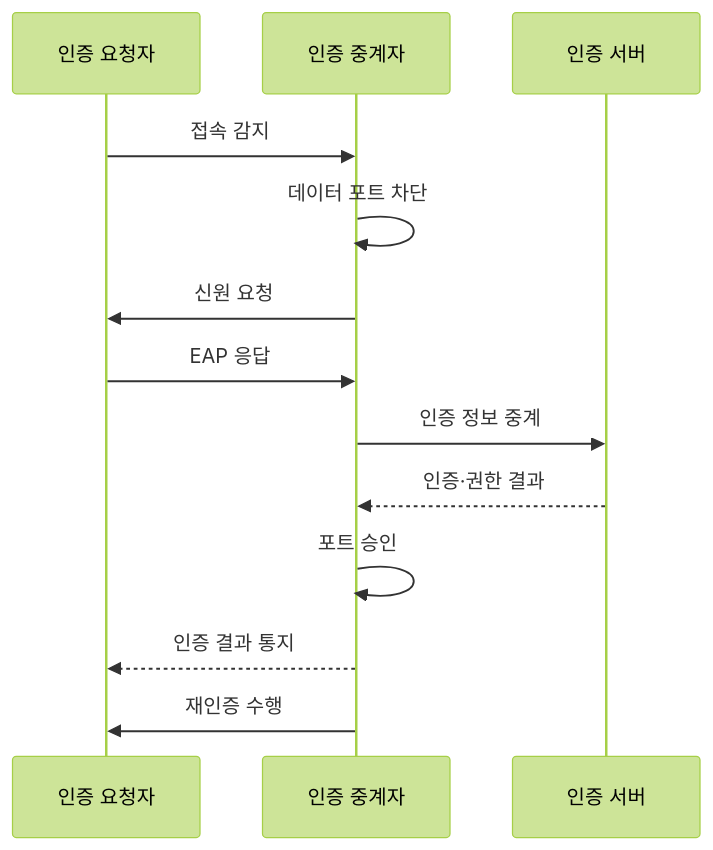
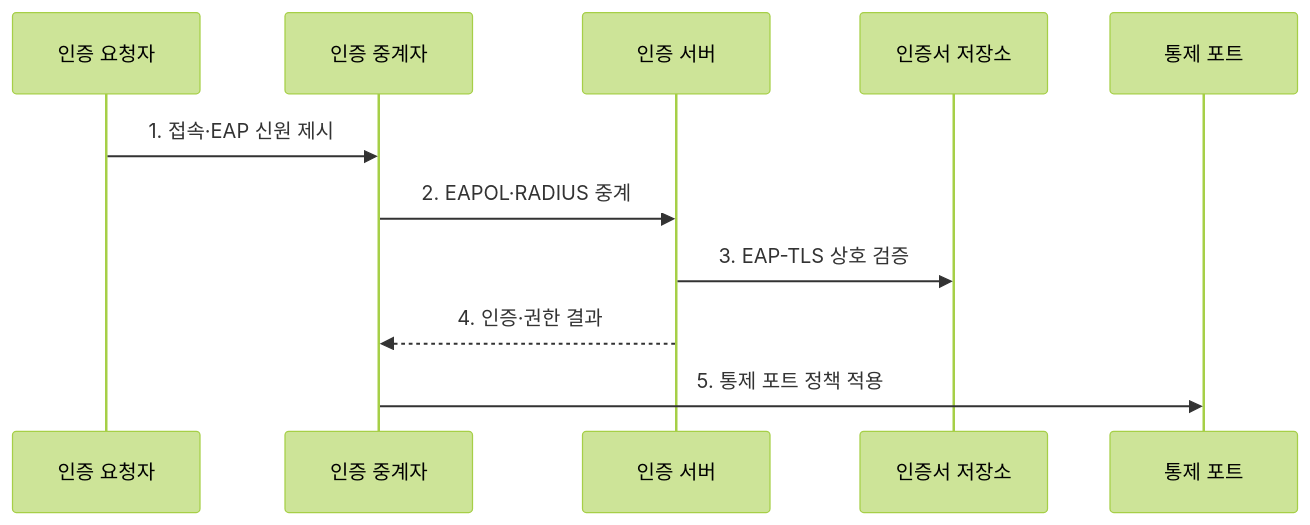
The second of 2 diagrams in src/content/docs/notes/04-network/115_802_1x_eap_authentication.md (agnusdei1207/knowledge-base), drawn with Mermaid (forest theme) before and after one commit. The commit also changed other lines of this file and 9 other files, not shown here.

````diff
--- a/src/content/docs/notes/04-network/115_802_1x_eap_authentication.md
+++ b/src/content/docs/notes/04-network/115_802_1x_eap_authentication.md
@@ -76,15 +79,13 @@
 ```mermaid
 sequenceDiagram
   participant S as 인증 요청자
   participant A as 인증 중계자
   participant V as 인증 서버
-  S->>A: 접속 감지
-  A->>A: 데이터 포트 차단
-  A->>S: 신원 요청
-  S->>A: EAP 응답
-  A->>V: 인증 정보 중계
-  V-->>A: 인증·권한 결과
-  A->>A: 포트 승인
-  A-->>S: 인증 결과 통지
-  A->>S: 재인증 수행
+  participant I as 인증서 저장소
+  participant P as 통제 포트
+  S->>A: 1. 접속·EAP 신원 제시
+  A->>V: 2. EAPOL·RADIUS 중계
+  V->>I: 3. EAP-TLS 상호 검증
+  V-->>A: 4. 인증·권한 결과
+  A->>P: 5. 통제 포트 정책 적용
 ```
````
